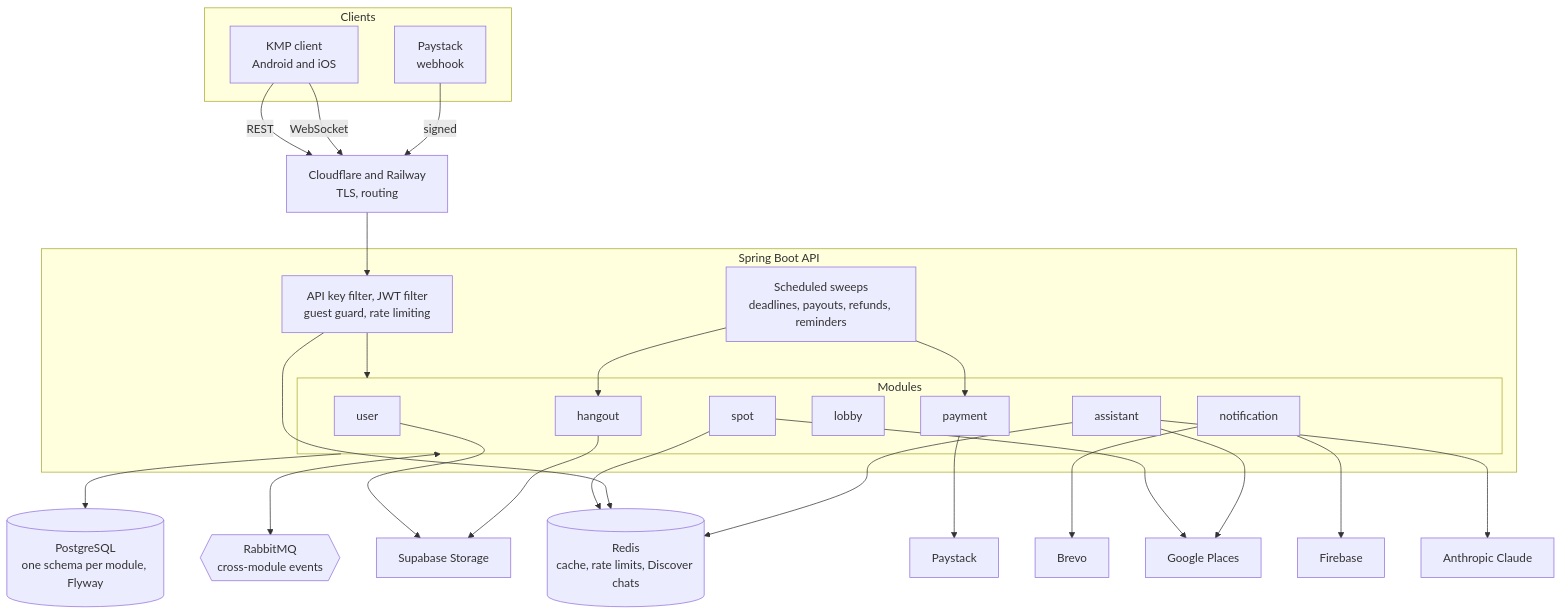
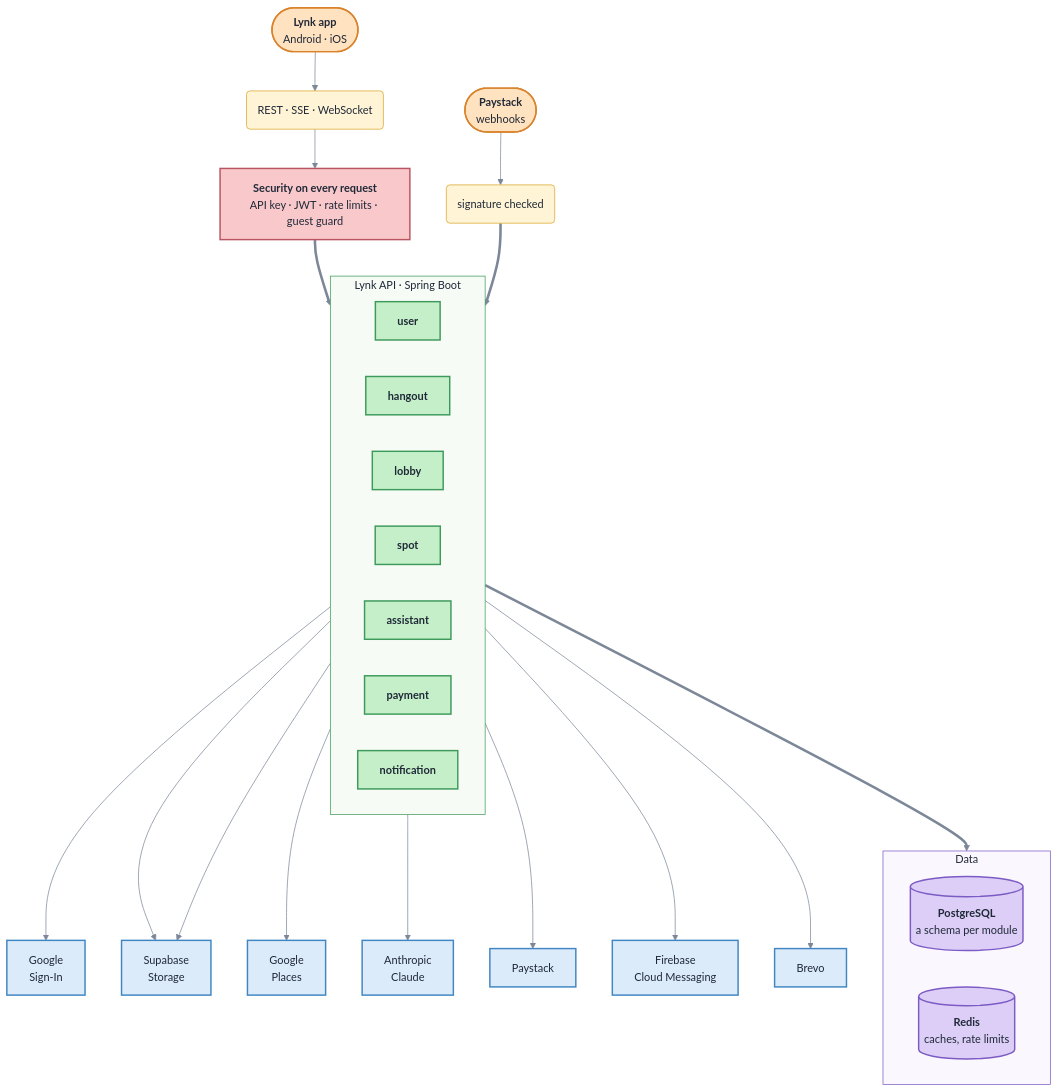
Before and after one commit to EEseka/lynk-api: the first of 7 diagrams in README.md, drawn with Mermaid. The commit also changed other lines of this file, not shown here.

````diff
--- a/README.md
+++ b/README.md
@@ -28,53 +60,61 @@
 ```mermaid
+%%{init: {"theme": "base", "themeVariables": {"fontFamily": "-apple-system, BlinkMacSystemFont, Segoe UI, Helvetica, Arial, sans-serif", "fontSize": "15px", "primaryColor": "#C4EFC9", "primaryTextColor": "#1F2937", "primaryBorderColor": "#3E9A5B", "lineColor": "#7C8798", "clusterBkg": "#F6FBF6", "clusterBorder": "#3E9A5B", "titleColor": "#1F2937"}}}%%
 flowchart TB
-    subgraph clients [Clients]
-        APP["KMP client<br/>Android and iOS"]
-        PS_HOOK["Paystack<br/>webhook"]
+    CLIENT(["<b>Lynk app</b><br/>Android · iOS"])
+    PSHOOK(["<b>Paystack</b><br/>webhooks"])
+    GATE["<b>Security on every request</b><br/>API key · JWT · rate limits · guest guard"]
+
+    subgraph SERVER ["Lynk API · Spring Boot"]
+        direction LR
+        USER["<b>user</b>"]
+        HANGOUT["<b>hangout</b>"]
+        LOBBY["<b>lobby</b>"]
+        SPOT["<b>spot</b>"]
+        AI["<b>assistant</b>"]
+        PAYMENT["<b>payment</b>"]
+        NOTIF["<b>notification</b>"]
     end
 
-    EDGE["Cloudflare and Railway<br/>TLS, routing"]
+    GSIGN["Google<br/>Sign-In"]
+    STORAGE["Supabase<br/>Storage"]
+    subgraph DATA ["Data"]
+        direction LR
+        PG[("<b>PostgreSQL</b><br/>a schema per module")]
+        REDIS[("<b>Redis</b><br/>caches, rate limits")]
+    end
+    PLACES["Google<br/>Places"]
+    CLAUDE["Anthropic<br/>Claude"]
+    PAYSTACK["Paystack"]
+    FCM["Firebase<br/>Cloud Messaging"]
+    BREVO["Brevo"]
 
-    subgraph api [Spring Boot API]
-        FILTERS["API key filter, JWT filter<br/>guest guard, rate limiting"]
-        subgraph mods [Modules]
-            USER[user]
-            HANGOUT[hangout]
-            SPOT[spot]
-            LOBBY[lobby]
-            PAYMENT[payment]
-            NOTIF[notification]
-            ASSISTANT[assistant]
-        end
-        SWEEPS["Scheduled sweeps<br/>deadlines, payouts, refunds, reminders"]
-    end
+    VIA("REST · SSE · WebSocket")
+    SIGNED("signature checked")
+    CLIENT --> VIA --> GATE
+    GATE ==> SERVER
+    PSHOOK --> SIGNED ==> SERVER
 
-    RABBIT{{"RabbitMQ<br/>cross-module events"}}
-    PG[("PostgreSQL<br/>one schema per module, Flyway")]
-    REDIS[("Redis<br/>cache, rate limits, Discover chats")]
-    PLACES["Google Places"]
-    PAYSTACK["Paystack"]
-    FCM["Firebase"]
-    BREVO["Brevo"]
-    STORAGE["Supabase Storage"]
-    CLAUDE["Anthropic Claude"]
-    APP -->|REST| EDGE
-    APP -->|WebSocket| EDGE
-    PS_HOOK -->|signed| EDGE
-    EDGE --> FILTERS
-    FILTERS --> mods
-    SWEEPS --> PAYMENT
-    SWEEPS --> HANGOUT
-    mods <--> RABBIT
-    mods --> PG
-    SPOT --> REDIS
-    FILTERS --> REDIS
+    USER --> GSIGN
+    USER --> STORAGE
+    HANGOUT --> STORAGE
+    SERVER ==> DATA
     SPOT --> PLACES
+    AI --> CLAUDE
     PAYMENT --> PAYSTACK
     NOTIF --> FCM
     NOTIF --> BREVO
-    USER --> STORAGE
-    HANGOUT --> STORAGE
-    ASSISTANT --> CLAUDE
-    ASSISTANT --> PLACES
-    ASSISTANT --> REDIS
+
+    classDef client fill:#FFE2BF,stroke:#D9822B,color:#1F2937,stroke-width:2px
+    classDef gate fill:#F8C8CB,stroke:#B85560,color:#1F2937,stroke-width:2px
+    classDef unit fill:#C4EFC9,stroke:#3E9A5B,color:#1F2937,stroke-width:2px
+    classDef store fill:#DCCEF7,stroke:#7C5BC4,color:#1F2937,stroke-width:2px
+    classDef ext fill:#DCEBFA,stroke:#3F86C2,color:#1F2937,stroke-width:2px
+    classDef event fill:#FFF4D6,stroke:#D9A62B,color:#1F2937,stroke-width:1px
+    class CLIENT,PSHOOK client
+    class GATE gate
+    class USER,SPOT,HANGOUT,LOBBY,PAYMENT,NOTIF,AI unit
+    class PG,REDIS store
+    class GSIGN,STORAGE,PLACES,CLAUDE,PAYSTACK,FCM,BREVO ext
+    class VIA,SIGNED event
+    style DATA fill:#FAF7FF,stroke:#7C5BC4,color:#1F2937
 ```
````
